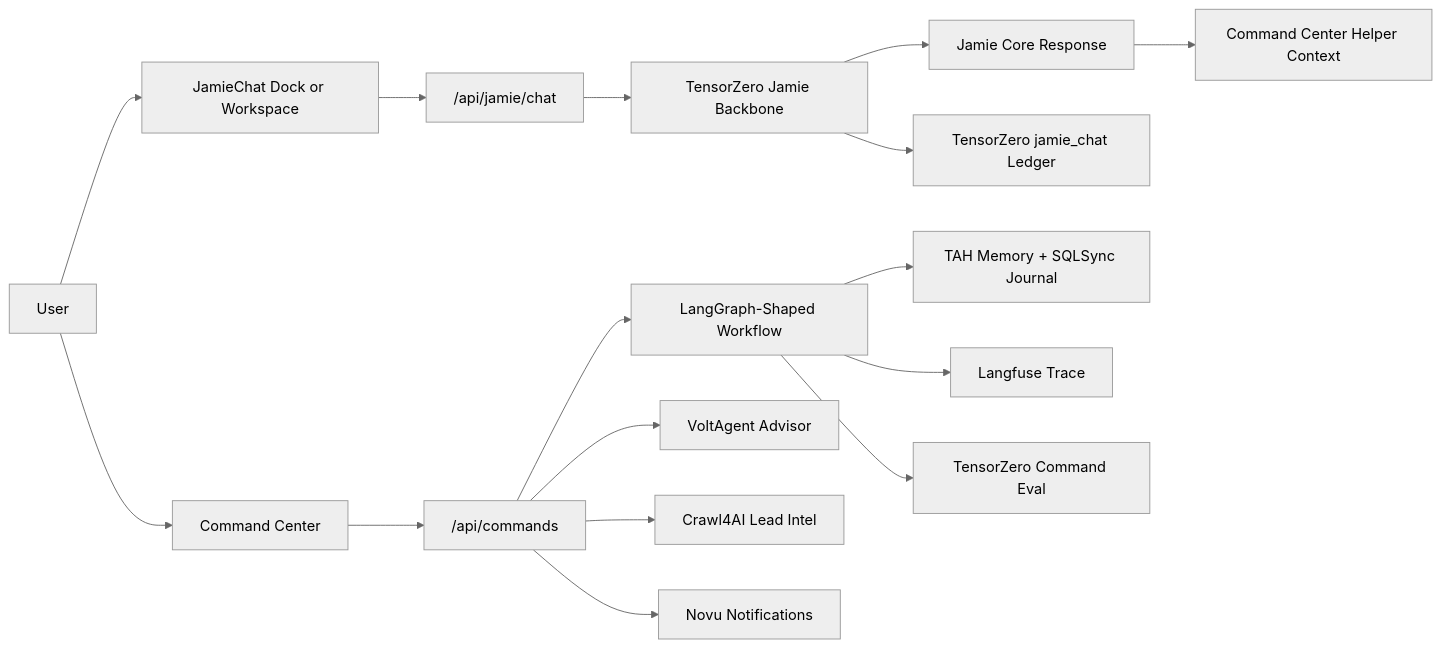
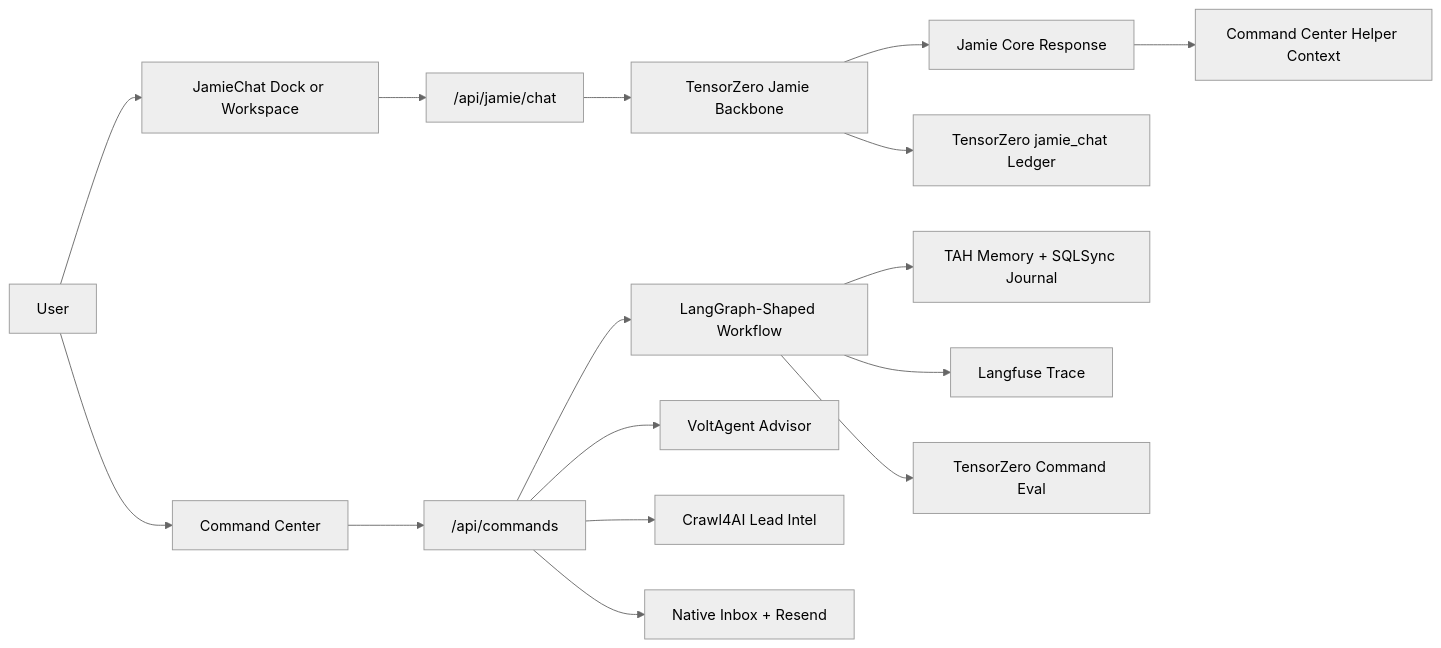
One commit to tahsrz/sunset-pulse changed the diagram in apps/pulse/docs/AI_INTEGRATION_STACK.md. Above: the diagram before and after it, drawn with Mermaid (neutral theme). The commit also changed other lines of this file and 41 other files, not shown here.

````diff
--- a/apps/pulse/docs/AI_INTEGRATION_STACK.md
+++ b/apps/pulse/docs/AI_INTEGRATION_STACK.md
@@ -34,19 +35,19 @@
 ```mermaid
 flowchart LR
   User["User"] --> Jamie["JamieChat Dock or Workspace"]
   Jamie --> ChatAPI["/api/jamie/chat"]
   ChatAPI --> JamieBackbone["TensorZero Jamie Backbone"]
   JamieBackbone --> JamieCore["Jamie Core Response"]
   JamieCore --> Bridge["Command Center Helper Context"]
   JamieBackbone --> TZeroJamie["TensorZero jamie_chat Ledger"]
 
   User --> CommandUI["Command Center"]
   CommandUI --> CommandAPI["/api/commands"]
   CommandAPI --> Graph["LangGraph-Shaped Workflow"]
   Graph --> Memory["TAH Memory + SQLSync Journal"]
   Graph --> Langfuse["Langfuse Trace"]
   Graph --> TZeroCommand["TensorZero Command Eval"]
   CommandAPI --> Volt["VoltAgent Advisor"]
   CommandAPI --> Crawl4AI["Crawl4AI Lead Intel"]
-  CommandAPI --> Novu["Novu Notifications"]
+  CommandAPI --> Notify["Native Inbox + Resend"]
 ```
````
